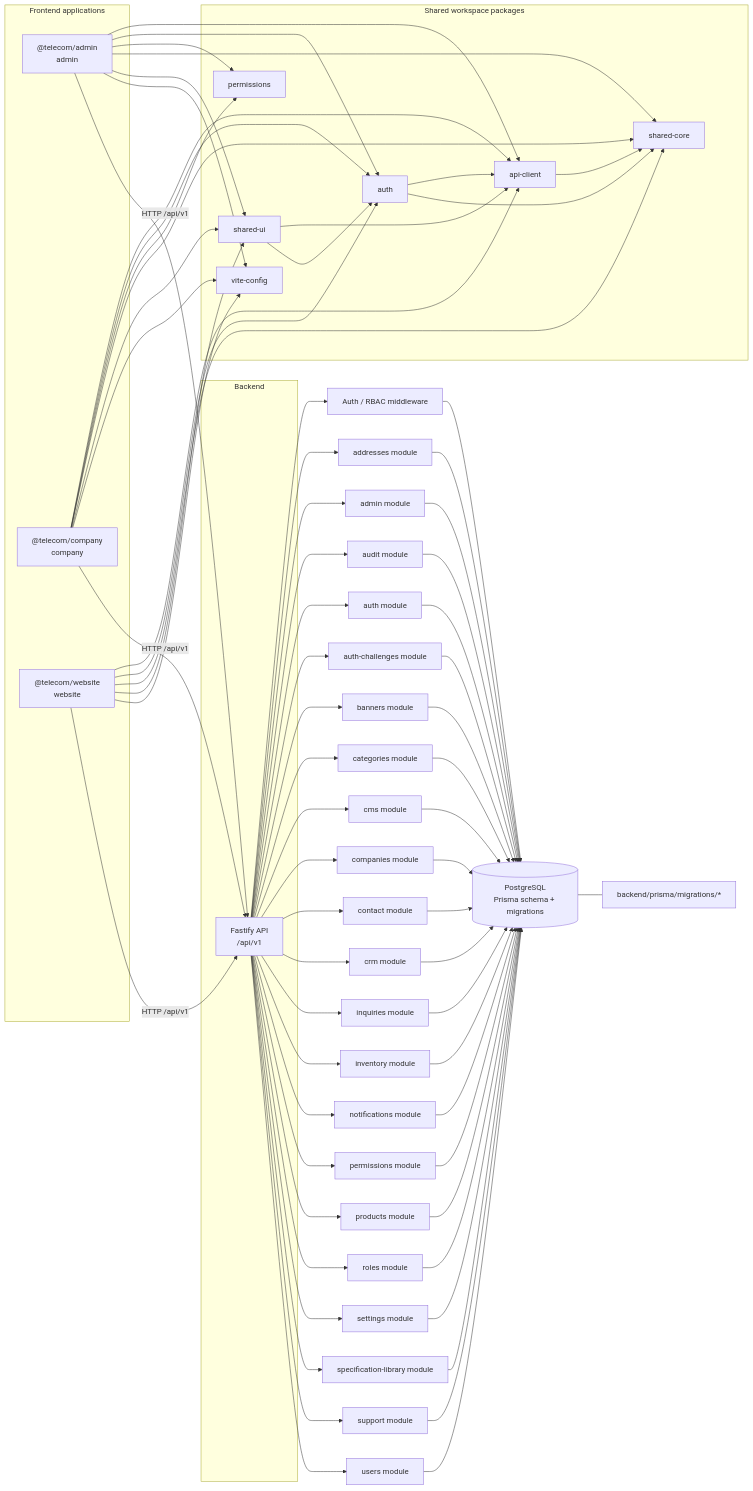
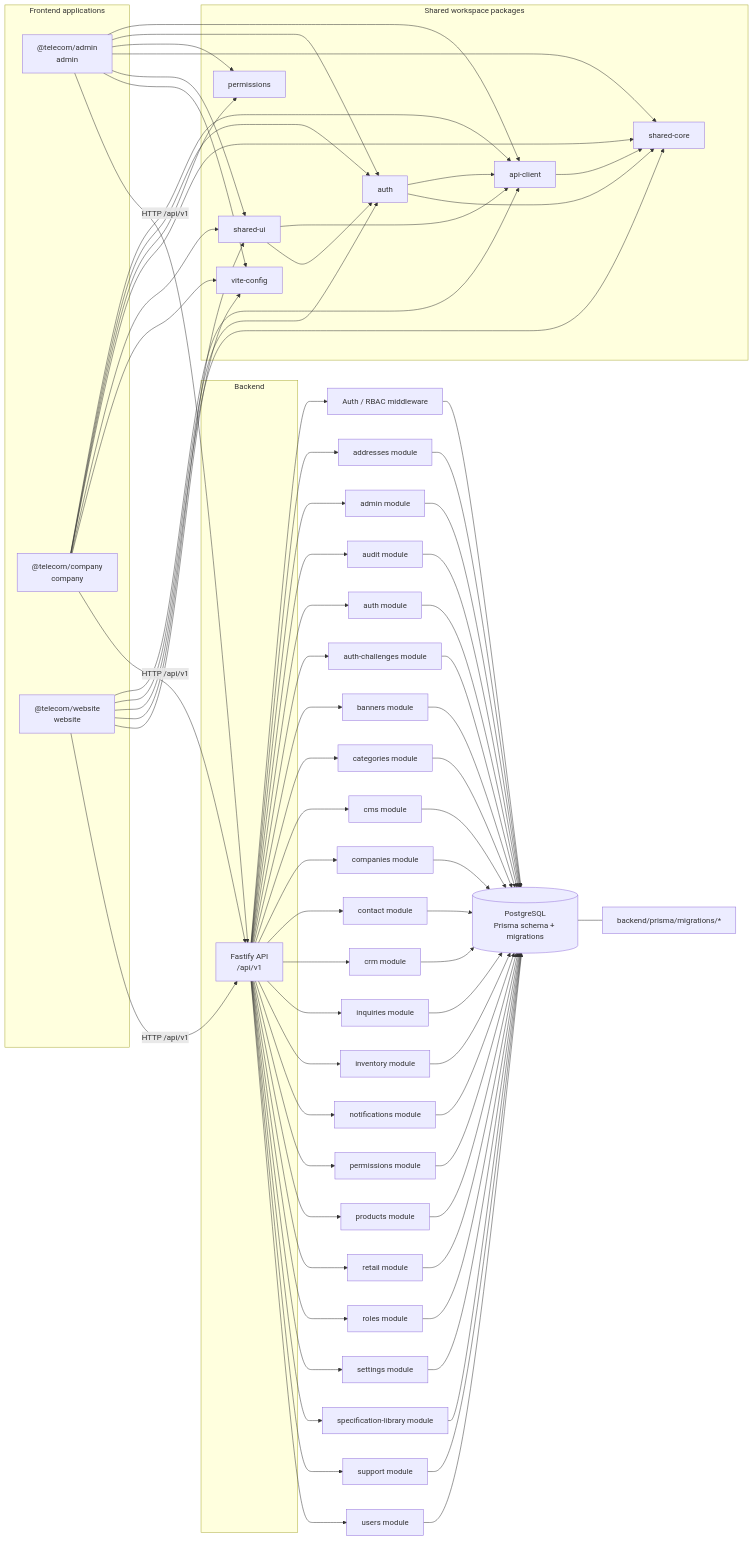
One commit to gameacc2025/martest changed the diagram in docs/architecture/DEPENDENCY_GRAPH.generated.mmd. Above: the diagram before and after it, drawn with Mermaid.

Commit message:
docs(architecture): include retail module in dependency graph

```diff
--- a/docs/architecture/DEPENDENCY_GRAPH.generated.mmd
+++ b/docs/architecture/DEPENDENCY_GRAPH.generated.mmd
@@ -1,90 +1,92 @@
 %% GENERATED FILE. Do not edit by hand.
 %% Run: node scripts/generate-architecture-graph.mjs --write
 flowchart LR
   subgraph apps["Frontend applications"]
     admin["@telecom/admin<br/>admin"]
     company["@telecom/company<br/>company"]
     website["@telecom/website<br/>website"]
   end
   subgraph shared["Shared workspace packages"]
     api_client["api-client"]
     auth["auth"]
     permissions["permissions"]
     shared_core["shared-core"]
     shared_ui["shared-ui"]
     vite_config["vite-config"]
   end
   subgraph backend["Backend"]
     api["Fastify API<br/>/api/v1"]
   end
   db[("PostgreSQL<br/>Prisma schema + migrations")]
   admin --> api_client
   admin --> auth
   admin --> permissions
   admin --> shared_core
   admin --> shared_ui
   admin --> vite_config
   company --> api_client
   company --> auth
   company --> permissions
   company --> shared_core
   company --> shared_ui
   company --> vite_config
   website --> api_client
   website --> auth
   website --> shared_core
   website --> shared_ui
   website --> vite_config
   api_client --> shared_core
   auth --> api_client
   auth --> shared_core
   shared_ui --> api_client
   shared_ui --> auth
   admin -->|HTTP /api/v1| api
   company -->|HTTP /api/v1| api
   website -->|HTTP /api/v1| api
   api --> rbac["Auth / RBAC middleware"]
   api --> mod_addresses["addresses module"]
   api --> mod_admin["admin module"]
   api --> mod_audit["audit module"]
   api --> mod_auth["auth module"]
   api --> mod_auth_challenges["auth-challenges module"]
   api --> mod_banners["banners module"]
   api --> mod_categories["categories module"]
   api --> mod_cms["cms module"]
   api --> mod_companies["companies module"]
   api --> mod_contact["contact module"]
   api --> mod_crm["crm module"]
   api --> mod_inquiries["inquiries module"]
   api --> mod_inventory["inventory module"]
   api --> mod_notifications["notifications module"]
   api --> mod_permissions["permissions module"]
   api --> mod_products["products module"]
+  api --> mod_retail["retail module"]
   api --> mod_roles["roles module"]
   api --> mod_settings["settings module"]
   api --> mod_specification_library["specification-library module"]
   api --> mod_support["support module"]
   api --> mod_users["users module"]
   rbac --> db
   mod_addresses --> db
   mod_admin --> db
   mod_audit --> db
   mod_auth --> db
   mod_auth_challenges --> db
   mod_banners --> db
   mod_categories --> db
   mod_cms --> db
   mod_companies --> db
   mod_contact --> db
   mod_crm --> db
   mod_inquiries --> db
   mod_inventory --> db
   mod_notifications --> db
   mod_permissions --> db
   mod_products --> db
+  mod_retail --> db
   mod_roles --> db
   mod_settings --> db
   mod_specification_library --> db
   mod_support --> db
   mod_users --> db
   db --- migrations["backend/prisma/migrations/*"]
```
